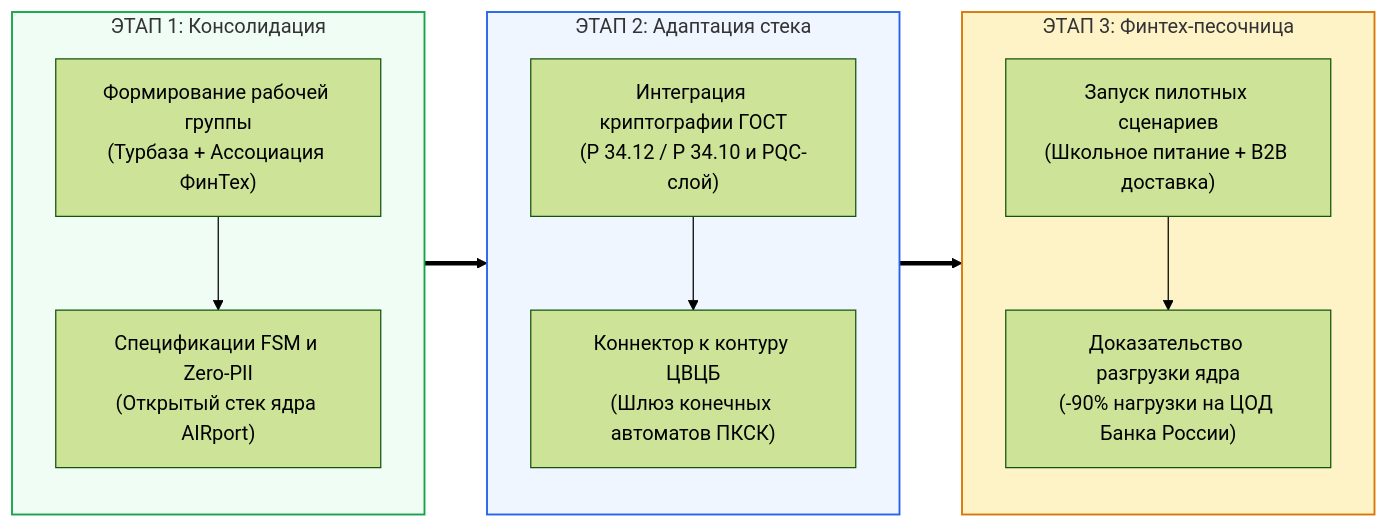
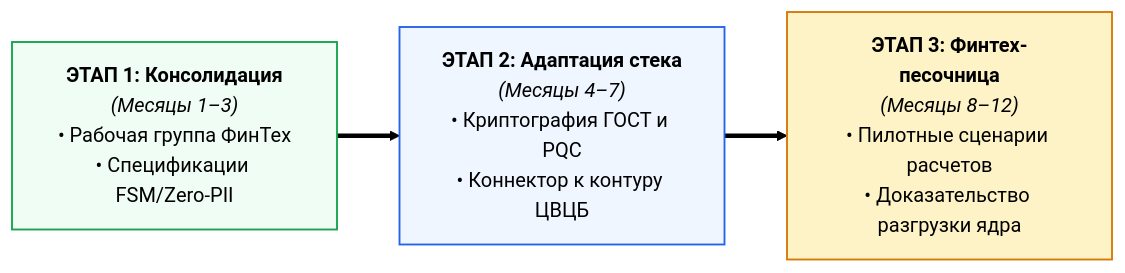
One commit to Data-Independence-Network/presentations changed the seventh of 7 diagrams in shared_docs/whitepapers/06_cbr_smart_contracts_fsm_whitepaper.md. Above: the diagram before and after it, drawn with Mermaid (forest theme). The commit also changed other lines of this file and 1 other file, not shown here.

````diff
--- a/shared_docs/whitepapers/06_cbr_smart_contracts_fsm_whitepaper.md
+++ b/shared_docs/whitepapers/06_cbr_smart_contracts_fsm_whitepaper.md
@@ -528,30 +573,12 @@
 ```mermaid
 flowchart LR
-    subgraph Stage1 ["ЭТАП 1: Консолидация"]
-        direction TB
-        S1_1["Формирование рабочей группы<br/>(Турбаза + Ассоциация ФинТех)"]
-        S1_2["Спецификации FSM и Zero-PII<br/>(Открытый стек ядра AIRport)"]
-        S1_1 --> S1_2
-    end
+    S1["<b>ЭТАП 1: Консолидация</b><br/><i>(Месяцы 1–3)</i><br/>• Рабочая группа ФинТех<br/>• Спецификации FSM/Zero-PII"]
+    S2["<b>ЭТАП 2: Адаптация стека</b><br/><i>(Месяцы 4–7)</i><br/>• Криптография ГОСТ и PQC<br/>• Коннектор к контуру ЦВЦБ"]
+    S3["<b>ЭТАП 3: Финтех-песочница</b><br/><i>(Месяцы 8–12)</i><br/>• Пилотные сценарии расчетов<br/>• Доказательство разгрузки ядра"]
 
-    subgraph Stage2 ["ЭТАП 2: Адаптация стека"]
-        direction TB
-        S2_1["Интеграция криптографии ГОСТ<br/>(Р 34.12 / Р 34.10 и PQC-слой)"]
-        S2_2["Коннектор к контуру ЦВЦБ<br/>(Шлюз конечных автоматов ПКСК)"]
-        S2_1 --> S2_2
-    end
+    S1 ==> S2 ==> S3
 
-    subgraph Stage3 ["ЭТАП 3: Финтех-песочница"]
-        direction TB
-        S3_1["Запуск пилотных сценариев<br/>(Школьное питание + B2B доставка)"]
-        S3_2["Доказательство разгрузки ядра<br/>(-90% нагрузки на ЦОД Банка России)"]
-        S3_1 --> S3_2
-    end
-
-    Stage1 ==> Stage2
-    Stage2 ==> Stage3
-
-    style Stage1 fill:#f0fdf4,stroke:#16a34a,stroke-width:1.5px
-    style Stage2 fill:#eff6ff,stroke:#2563eb,stroke-width:1.5px
-    style Stage3 fill:#fef3c7,stroke:#d97706,stroke-width:1.5px
+    style S1 fill:#f0fdf4,stroke:#16a34a,stroke-width:1.5px
+    style S2 fill:#eff6ff,stroke:#2563eb,stroke-width:1.5px
+    style S3 fill:#fef3c7,stroke:#d97706,stroke-width:1.5px
 ```
````
